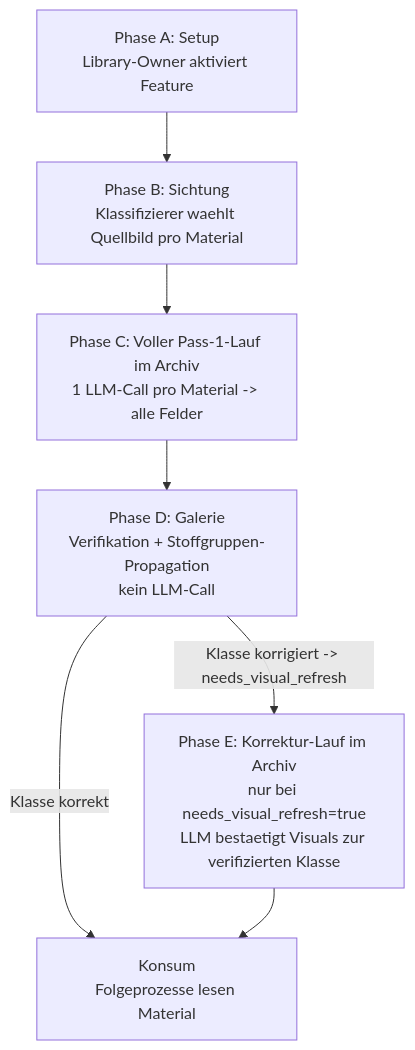
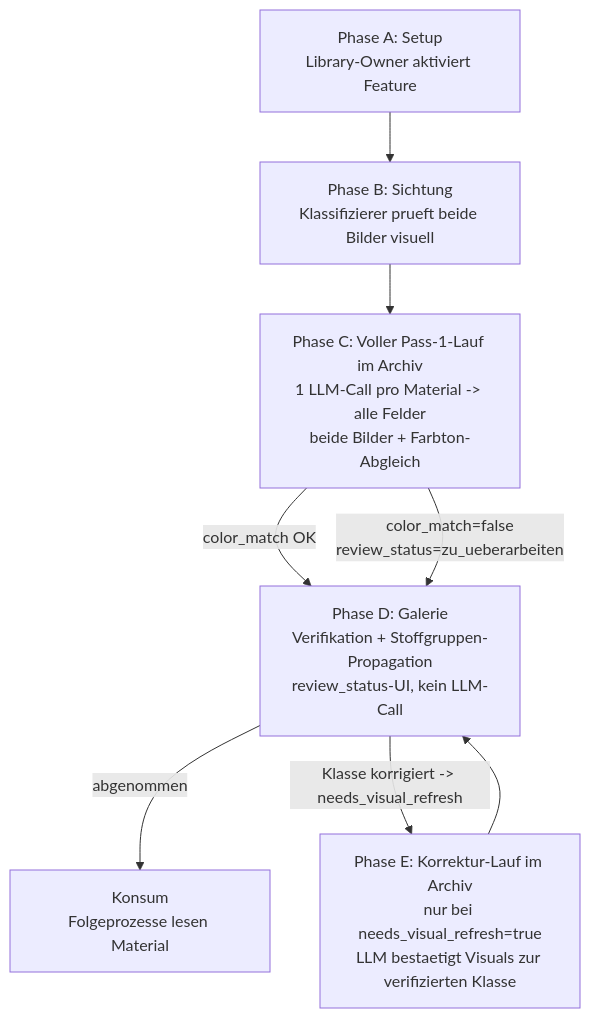
The diagram in .cursor/plans/diva-texture-liefersystem-integration_e7c2a98f.plan.md (bCommonsLAB/CommonKnowledgeScout), drawn with Mermaid before and after one commit. The commit also changed other lines of this file and 1 other file, not shown here.

First line of the commit message:
docs(diva-texture): Update 2 — beide Bilder + Color-Match + Review-Status

````diff
--- a/.cursor/plans/diva-texture-liefersystem-integration_e7c2a98f.plan.md
+++ b/.cursor/plans/diva-texture-liefersystem-integration_e7c2a98f.plan.md
@@ -197,16 +230,17 @@
 ```mermaid
 flowchart TD
   setup[Phase A: Setup<br/>Library-Owner aktiviert Feature]
-  sichtung[Phase B: Sichtung<br/>Klassifizierer waehlt Quellbild pro Material]
-  pass1[Phase C: Voller Pass-1-Lauf im Archiv<br/>1 LLM-Call pro Material -> alle Felder]
-  galerie[Phase D: Galerie<br/>Verifikation + Stoffgruppen-Propagation<br/>kein LLM-Call]
+  sichtung[Phase B: Sichtung<br/>Klassifizierer prueft beide Bilder visuell]
+  pass1[Phase C: Voller Pass-1-Lauf im Archiv<br/>1 LLM-Call pro Material -> alle Felder<br/>beide Bilder + Farbton-Abgleich]
+  galerie[Phase D: Galerie<br/>Verifikation + Stoffgruppen-Propagation<br/>review_status-UI, kein LLM-Call]
   korrektur[Phase E: Korrektur-Lauf im Archiv<br/>nur bei needs_visual_refresh=true<br/>LLM bestaetigt Visuals zur verifizierten Klasse]
   konsum[Konsum<br/>Folgeprozesse lesen Material]
 
   setup --> sichtung
   sichtung --> pass1
-  pass1 --> galerie
-  galerie -- Klasse korrekt --> konsum
+  pass1 -- color_match OK --> galerie
+  pass1 -- color_match=false<br/>review_status=zu_ueberarbeiten --> galerie
+  galerie -- abgenommen --> konsum
   galerie -- Klasse korrigiert -> needs_visual_refresh --> korrektur
-  korrektur --> konsum
+  korrektur --> galerie
 ```
````
